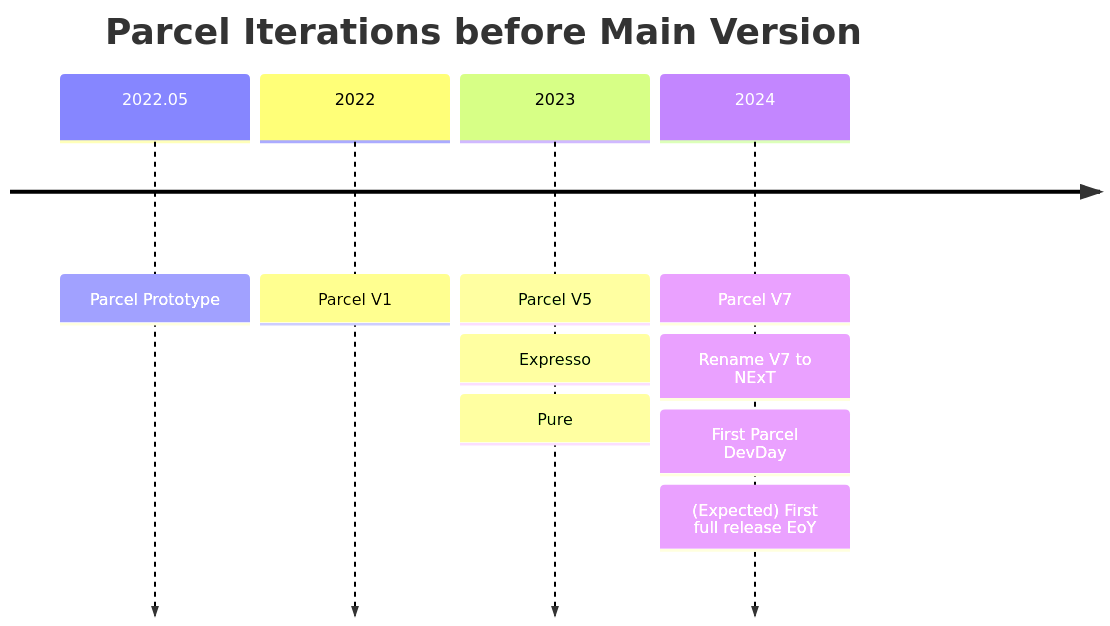
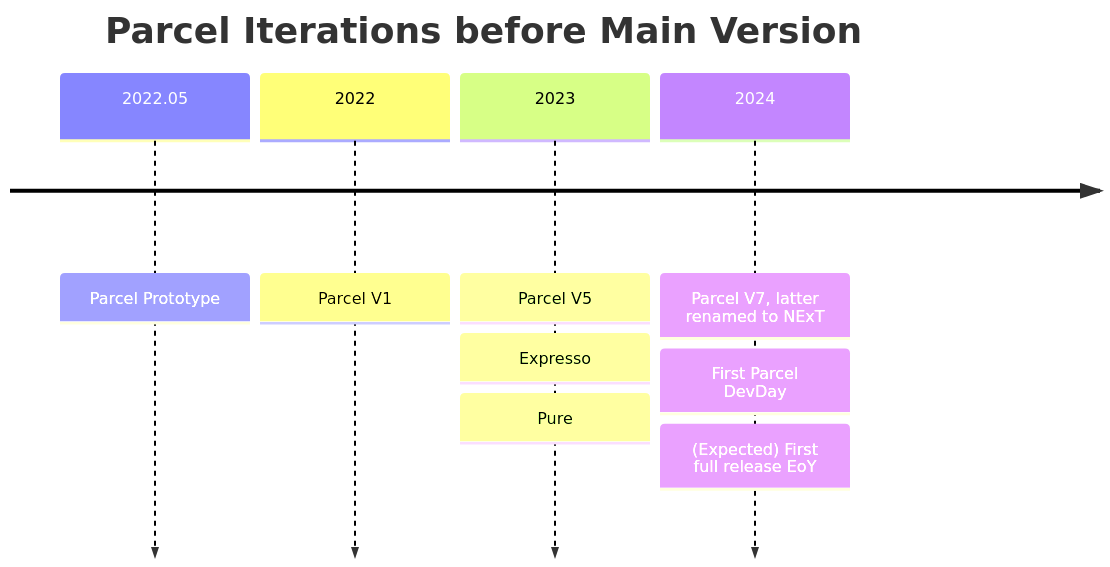
The diagram in profile/README.md (Methodox-Technologies/.github), drawn with Mermaid before and after one commit.

````diff
--- a/profile/README.md
+++ b/profile/README.md
@@ -51,17 +51,16 @@
 ```mermaid
 timeline
 title Parcel Iterations before Main Version
   2022.05
     : Parcel Prototype
   2022
     : Parcel V1
   2023
     : Parcel V5
     : Expresso
     : Pure
   2024
-    : Parcel V7
-    : Rename V7 to NExT
+    : Parcel V7, latter renamed to NExT
     : First Parcel DevDay
     : (Expected) First full release EoY
 ```
````
